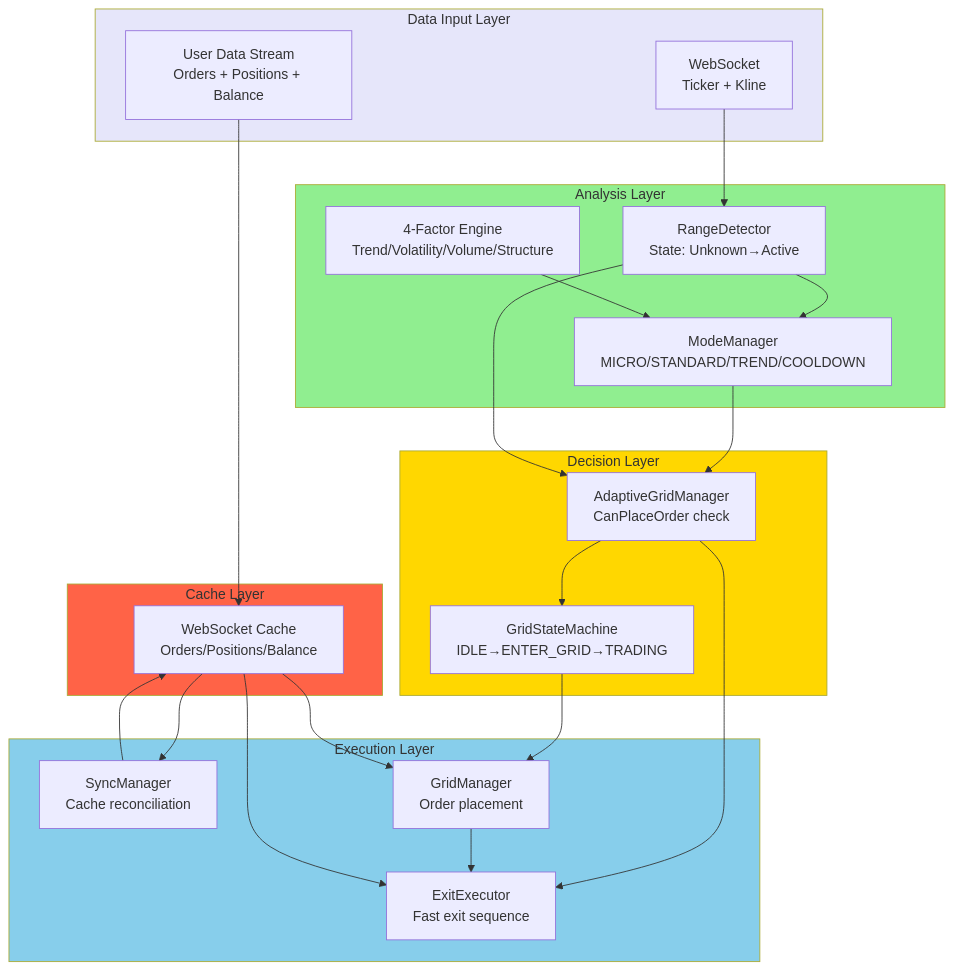
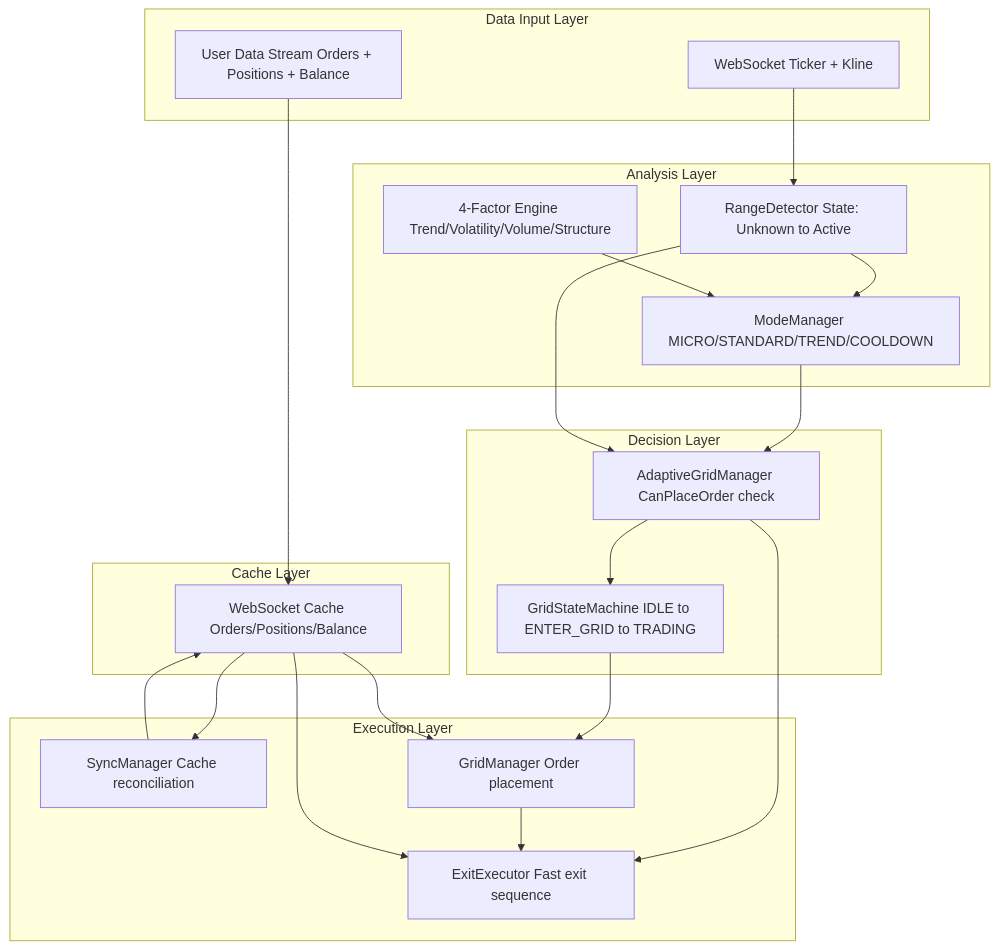
Before and after one commit to baolongdinh/aster-perp-trading: the first of 19 diagrams in AGENTIC_TRADING_NGHIEP_VU.md, drawn with Mermaid. The commit also changed other lines of this file and 12 other files, not shown here.

````diff
--- a/AGENTIC_TRADING_NGHIEP_VU.md
+++ b/AGENTIC_TRADING_NGHIEP_VU.md
@@ -10,55 +10,49 @@
 ```mermaid
-flowchart TB
+graph TB
     subgraph Input["Data Input Layer"]
-        WS["WebSocket<br/>Ticker + Kline"]
-        UDS["User Data Stream<br/>Orders + Positions + Balance"]
+        WS["WebSocket Ticker + Kline"]
+        UDS["User Data Stream Orders + Positions + Balance"]
     end
 
     subgraph Analysis["Analysis Layer"]
-        RD["RangeDetector<br/>State: Unknown→Active"]
-        MM["ModeManager<br/>MICRO/STANDARD/TREND/COOLDOWN"]
-        FE["4-Factor Engine<br/>Trend/Volatility/Volume/Structure"]
+        RD["RangeDetector State: Unknown to Active"]
+        MM["ModeManager MICRO/STANDARD/TREND/COOLDOWN"]
+        FE["4-Factor Engine Trend/Volatility/Volume/Structure"]
     end
 
     subgraph Decision["Decision Layer"]
-        GM["GridStateMachine<br/>IDLE→ENTER_GRID→TRADING"]
-        AGM["AdaptiveGridManager<br/>CanPlaceOrder check"]
+        GM["GridStateMachine IDLE to ENTER_GRID to TRADING"]
+        AGM["AdaptiveGridManager CanPlaceOrder check"]
     end
 
     subgraph Execution["Execution Layer"]
-        EE["ExitExecutor<br/>Fast exit sequence"]
-        SM["SyncManager<br/>Cache reconciliation"]
-        G["GridManager<br/>Order placement"]
+        EE["ExitExecutor Fast exit sequence"]
+        SM["SyncManager Cache reconciliation"]
+        G["GridManager Order placement"]
     end
 
     subgraph Cache["Cache Layer"]
-        WC["WebSocket Cache<br/>Orders/Positions/Balance"]
+        WC["WebSocket Cache Orders/Positions/Balance"]
     end
 
     WS --> RD
     UDS --> WC
 
     RD --> MM
     FE --> MM
 
     MM --> AGM
     RD --> AGM
 
     AGM --> GM
     GM --> G
 
     AGM --> EE
     G --> EE
 
     WC --> SM
     SM --> WC
 
     WC --> G
     WC --> EE
-
-    style Input fill:#E6E6FA
-    style Analysis fill:#90EE90
-    style Decision fill:#FFD700
-    style Execution fill:#87CEEB
-    style Cache fill:#FF6347
 ```
````
